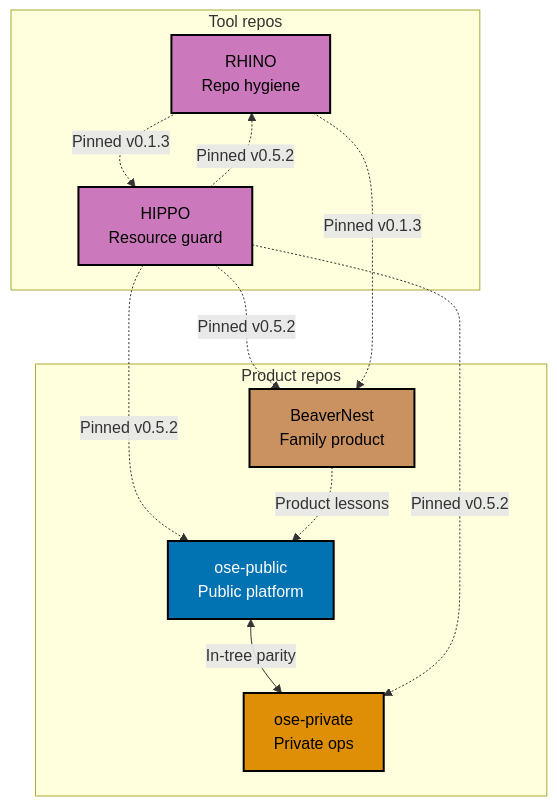
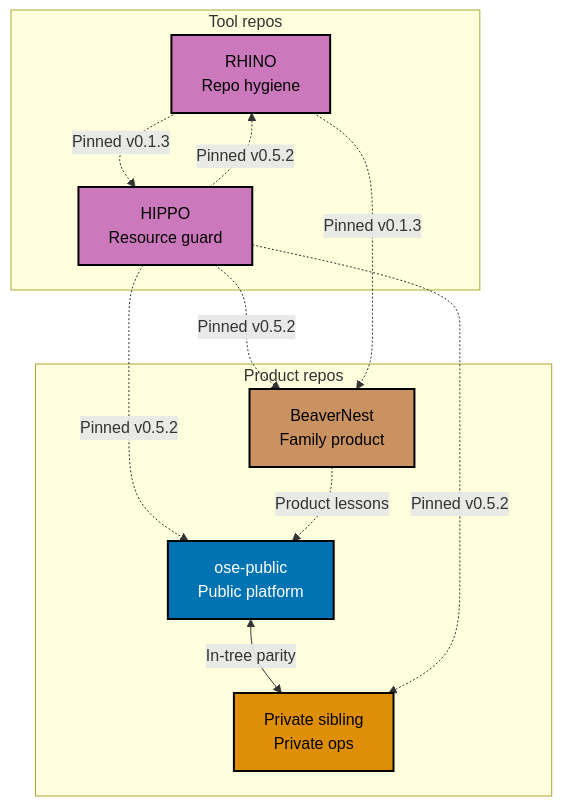
Before and after one commit to wahidyankf/ose-public: the first of 3 diagrams in apps/ose-www/content/updates/2026-09-09-week-42-five-repositories-two-tools-two-backends.md, drawn with Mermaid. The commit also changed other lines of this file and 325 other files, not shown here.

First line of the commit message:
docs(repo): name the private sibling by role, not by repository

````diff
--- a/apps/ose-www/content/updates/2026-09-09-week-42-five-repositories-two-tools-two-backends.md
+++ b/apps/ose-www/content/updates/2026-09-09-week-42-five-repositories-two-tools-two-backends.md
@@ -41,31 +41,31 @@
 ```mermaid
 %% Palette: blue, orange, purple, brown
 %% Colors do not carry meaning without labels and shapes
 flowchart TD
 accTitle: Five OSE repository roles
 accDescr: OSE Public and OSE Private form the only parity pair. HIPPO supplies pinned resource coordination to four consumers. RHINO supplies pinned hygiene validation to BeaverNest and HIPPO. BeaverNest shares product lessons with OSE Public.
     subgraph TOOL_REPOS["Tool repos"]
         RHINO["RHINO<br/>Repo hygiene"]:::tool
         HIPPO["HIPPO<br/>Resource guard"]:::tool
     end
 
     subgraph PRODUCT_REPOS["Product repos"]
         PUBLIC["ose-public<br/>Public platform"]:::public
-        PRIVATE["ose-private<br/>Private ops"]:::private
+        PRIVATE["Private sibling<br/>Private ops"]:::private
         BEAVER["BeaverNest<br/>Family product"]:::family
     end
 
     PUBLIC <-->|In-tree parity| PRIVATE
     HIPPO -.->|Pinned v0.5.2| PUBLIC
     HIPPO -.->|Pinned v0.5.2| PRIVATE
     HIPPO -.->|Pinned v0.5.2| BEAVER
     HIPPO -.->|Pinned v0.5.2| RHINO
     RHINO -.->|Pinned v0.1.3| BEAVER
     RHINO -.->|Pinned v0.1.3| HIPPO
     BEAVER -.->|Product lessons| PUBLIC
 
     classDef public fill:#0173B2,stroke:#000000,color:#FFFFFF,stroke-width:2px
     classDef private fill:#DE8F05,stroke:#000000,color:#000000,stroke-width:2px
     classDef family fill:#CA9161,stroke:#000000,color:#000000,stroke-width:2px
     classDef tool fill:#CC78BC,stroke:#000000,color:#000000,stroke-width:2px
 ```
````
